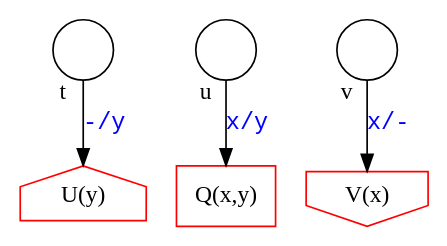
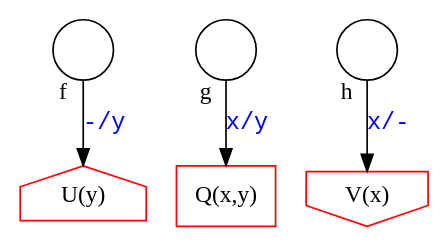
The diagram in condensed-emission.dot (ihh/transducer-tutorial), drawn with Graphviz before and after one commit. The commit also changed 3 other files, not shown here.

Commit message:
Slightly changed notation in Moore explanation diagrams

```diff
--- a/condensed-emission.dot
+++ b/condensed-emission.dot
@@ -1,21 +1,21 @@
 digraph G {
 
     S [label="", shape=circle];
 
     I [label="U(y)", shape=house, color=red];
 
     W [label="", shape=circle];
     X [label="", shape=circle];
 
     M [label="Q(x,y)", shape=rect, color=red];
 
     D [label="V(x)", shape=invhouse, color=red];
 
-S->I [label="-/y" taillabel="t" labelangle=300 labeldistance=1.4 fontcolor="blue" labelfontcolor="black" fontname="Courier" labelfontname="Times"];
+S->I [label="-/y" taillabel="f" labelangle=300 labeldistance=1.4 fontcolor="blue" labelfontcolor="black" fontname="Courier" labelfontname="Times"];
 
-W->M [label="x/y" taillabel="u" labelangle=300 labeldistance=1.4 fontcolor="blue" labelfontcolor="black" fontname="Courier" labelfontname="Times"];
+W->M [label="x/y" taillabel="g" labelangle=300 labeldistance=1.4 fontcolor="blue" labelfontcolor="black" fontname="Courier" labelfontname="Times"];
 
-X->D [label="x/-" taillabel="v" labelangle=300 labeldistance=1.4 fontcolor="blue" labelfontcolor="black" fontname="Courier" labelfontname="Times"];
+X->D [label="x/-" taillabel="h" labelangle=300 labeldistance=1.4 fontcolor="blue" labelfontcolor="black" fontname="Courier" labelfontname="Times"];
 
 
 }
```
